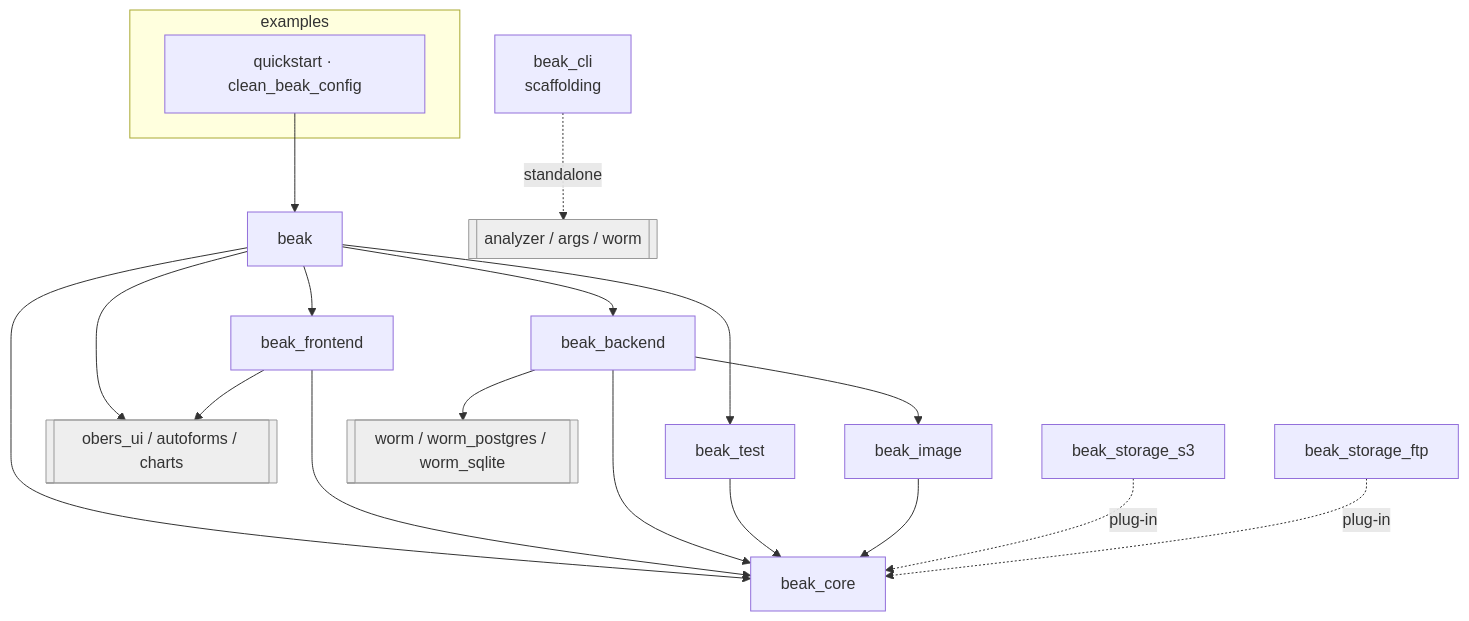
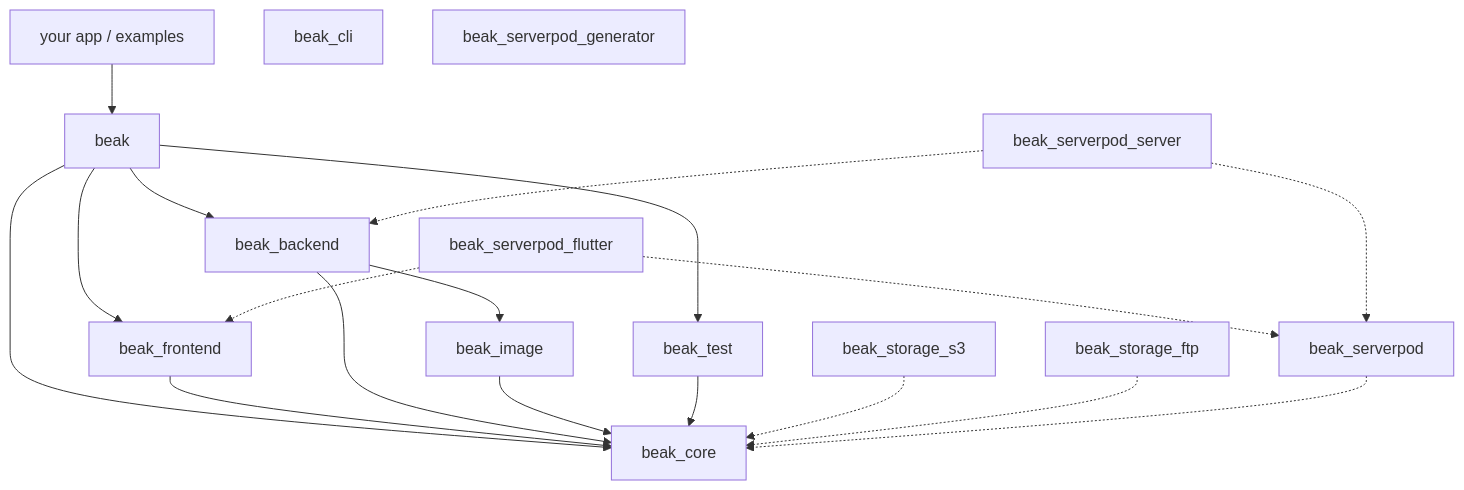
The diagram in docs/architecture/package-graph.md (SimonErich/beak), drawn with Mermaid before and after one commit. The commit also changed other lines of this file and 10 other files, not shown here.

Commit message:
docs(architecture): internals for contributors and experts, with diagrams rendered and facts checked against the code

````diff
--- a/docs/architecture/package-graph.md
+++ b/docs/architecture/package-graph.md
@@ -17,32 +17,26 @@
 ```mermaid
 flowchart TD
-  subgraph examples
-    EX[quickstart · clean_beak_config]
-  end
+  APP["your app / examples"] --> UMB[beak]
 
-  EX --> UMB[beak]
-
-  UMB --> CORE[beak_core]
   UMB --> FE[beak_frontend]
   UMB --> BE[beak_backend]
   UMB --> TEST[beak_test]
-  UMB --> OBERS[[obers_ui / autoforms / charts]]
+  UMB --> CORE[beak_core]
 
   FE --> CORE
-  FE --> OBERS
-
   BE --> CORE
   BE --> IMG[beak_image]
-  BE --> WORM[[worm / worm_postgres / worm_sqlite]]
+  IMG --> CORE
+  TEST --> CORE
 
-  TEST --> CORE
-  IMG --> CORE
+  S3[beak_storage_s3] -.-> CORE
+  FTP[beak_storage_ftp] -.-> CORE
+  SP[beak_serverpod] -.-> CORE
+  SPF[beak_serverpod_flutter] -.-> FE
+  SPF -.-> SP
+  SPS[beak_serverpod_server] -.-> BE
+  SPS -.-> SP
 
-  S3[beak_storage_s3] -.->|plug-in| CORE
-  FTP[beak_storage_ftp] -.->|plug-in| CORE
-
-  CLI[beak_cli<br/>scaffolding] -.->|standalone| ANALYZER[[analyzer / args / worm]]
-
-  classDef ext fill:#eee,stroke:#999,color:#333;
-  class OBERS,WORM,ANALYZER ext;
+  CLI[beak_cli]
+  GEN[beak_serverpod_generator]
 ```
````
